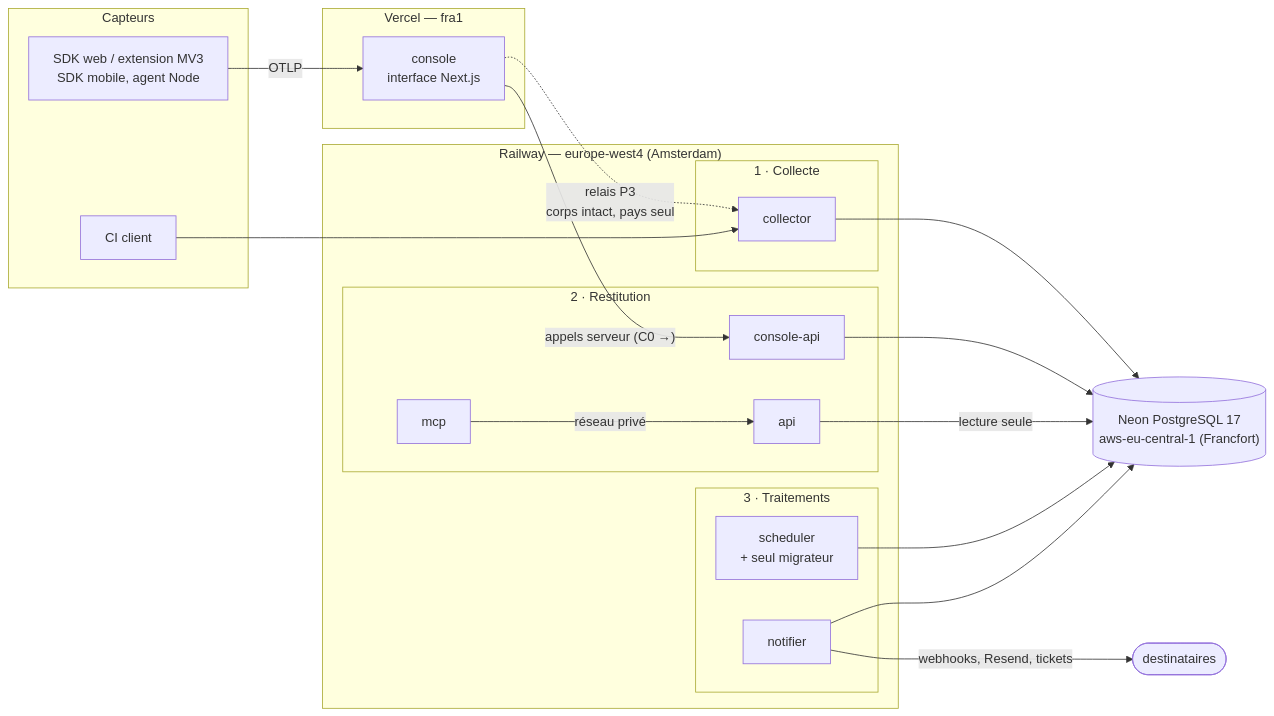
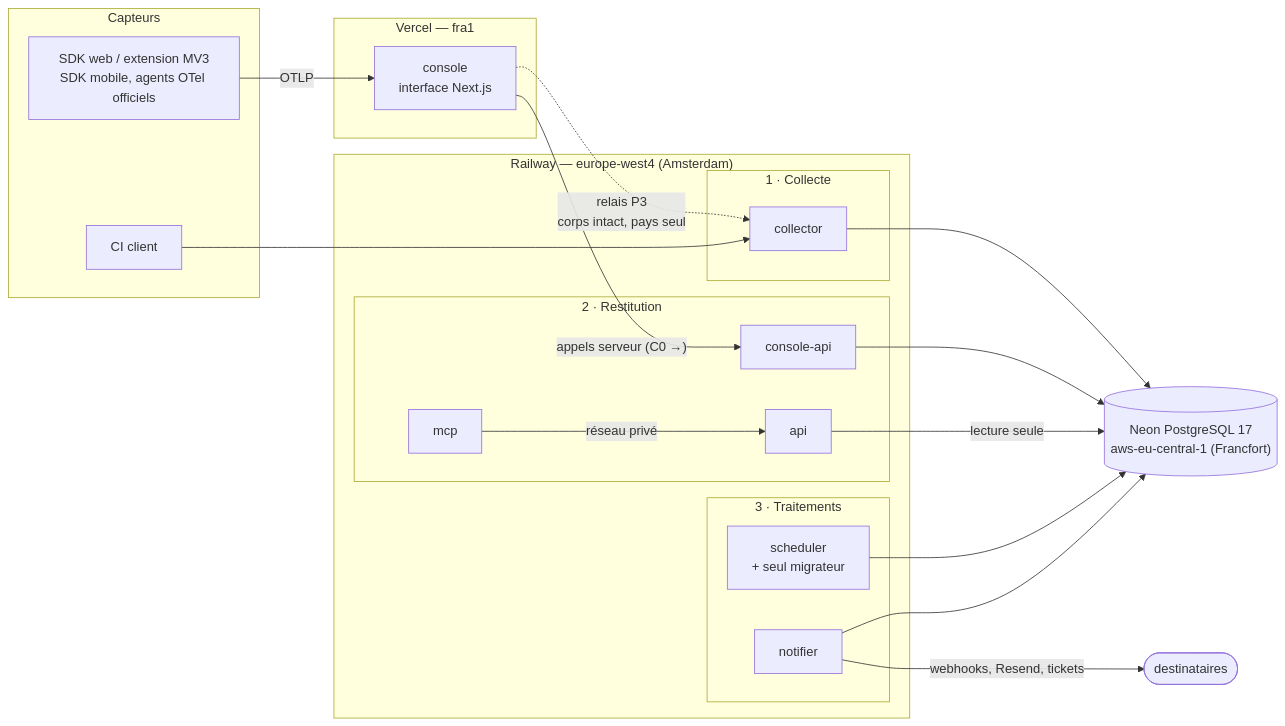
The second of 2 diagrams in docs/architecture/overview.md (jt33120/poc-MIP_RUM), drawn with Mermaid before and after one commit. The commit also changed 4 other files, not shown here.

First line of the commit message:
Docs — les capteurs serveur maison dits archivés, remplacés par les agents officiels

````diff
--- a/docs/architecture/overview.md
+++ b/docs/architecture/overview.md
@@ -41,36 +41,36 @@
 ```mermaid
 flowchart LR
   subgraph capteurs["Capteurs"]
-    sdk["SDK web / extension MV3<br/>SDK mobile, agent Node"]
+    sdk["SDK web / extension MV3<br/>SDK mobile, agents OTel officiels"]
     cic["CI client"]
   end
   subgraph vercel["Vercel — fra1"]
     console["console<br/>interface Next.js"]
   end
   subgraph railway["Railway — europe-west4 (Amsterdam)"]
     subgraph g1["1 · Collecte"]
       collector["collector"]
     end
     subgraph g2["2 · Restitution"]
       api["api"]
       capi["console-api"]
       mcp["mcp"]
     end
     subgraph g3["3 · Traitements"]
       scheduler["scheduler<br/>+ seul migrateur"]
       notifier["notifier"]
     end
   end
   neon[("Neon PostgreSQL 17<br/>aws-eu-central-1 (Francfort)")]
   sdk -->|"OTLP"| console
   console -.->|"relais P3<br/>corps intact, pays seul"| collector
   cic --> collector
   collector --> neon
   console -->|"appels serveur (C0 →)"| capi
   capi --> neon
   api -->|"lecture seule"| neon
   mcp -->|"réseau privé"| api
   scheduler --> neon
   notifier --> neon
   notifier -->|"webhooks, Resend, tickets"| dehors(["destinataires"])
 ```
````
